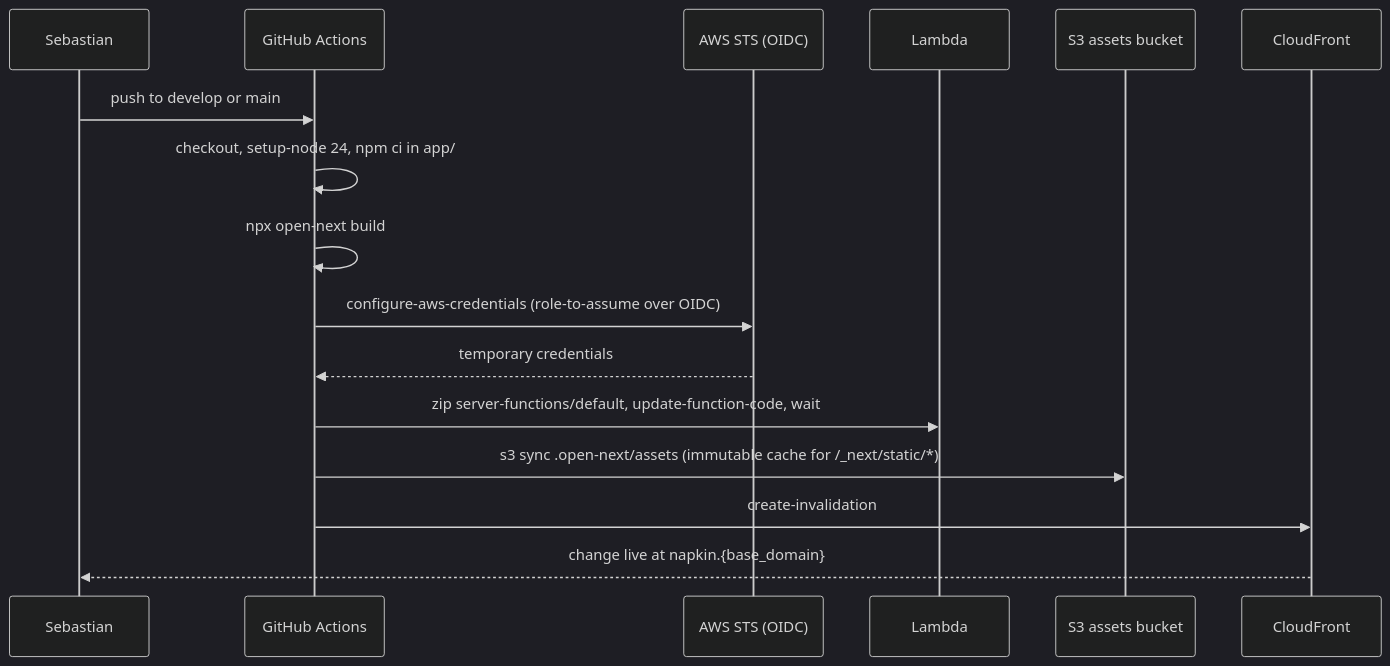
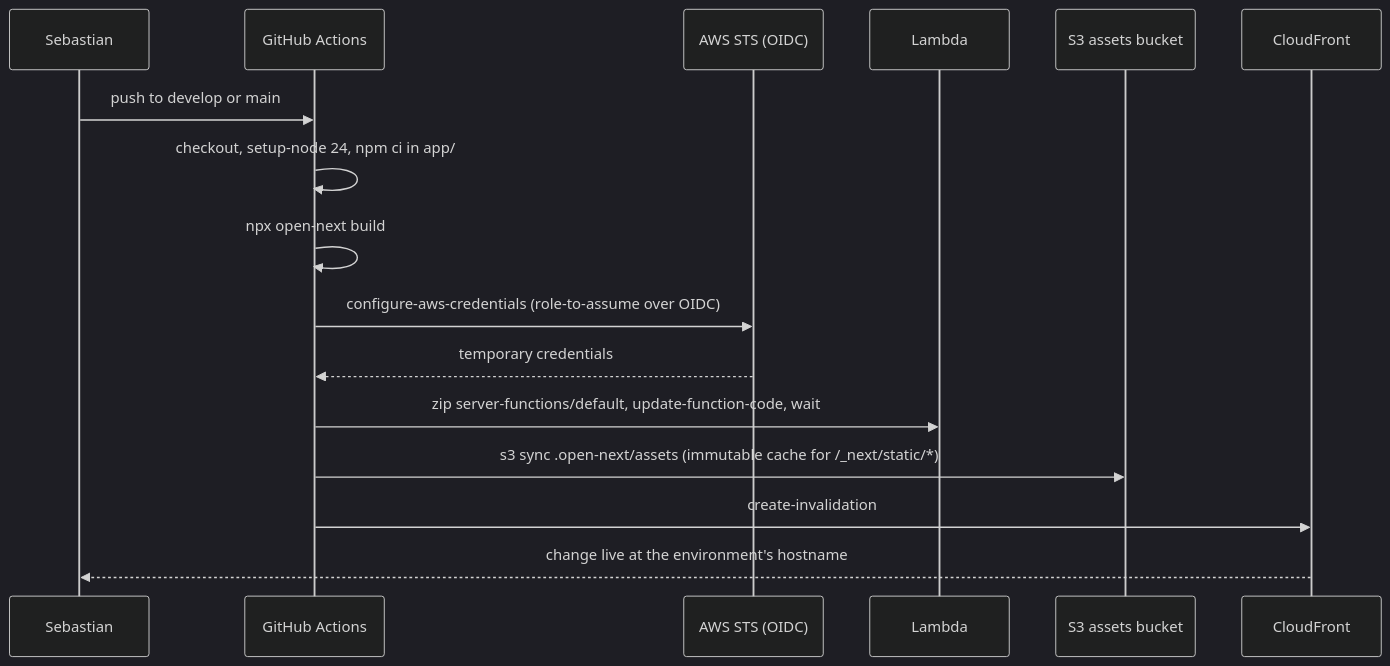
Before and after one commit to sebasfles/my-napkin: the second of 2 diagrams in docs/modules/deploy/flows.md, drawn with Mermaid (dark theme). The commit also changed other lines of this file and 18 other files, not shown here.

````diff
--- a/docs/modules/deploy/flows.md
+++ b/docs/modules/deploy/flows.md
@@ -37,19 +37,19 @@
 ```mermaid
 sequenceDiagram
   participant S as Sebastian
   participant GH as GitHub Actions
   participant AWS as AWS STS (OIDC)
   participant L as Lambda
   participant A as S3 assets bucket
   participant CF as CloudFront
 
   S->>GH: push to develop or main
   GH->>GH: checkout, setup-node 24, npm ci in app/
   GH->>GH: npx open-next build
   GH->>AWS: configure-aws-credentials (role-to-assume over OIDC)
   AWS-->>GH: temporary credentials
   GH->>L: zip server-functions/default, update-function-code, wait
   GH->>A: s3 sync .open-next/assets (immutable cache for /_next/static/*)
   GH->>CF: create-invalidation
-  CF-->>S: change live at napkin.{base_domain}
+  CF-->>S: change live at the environment's hostname
 ```
````
